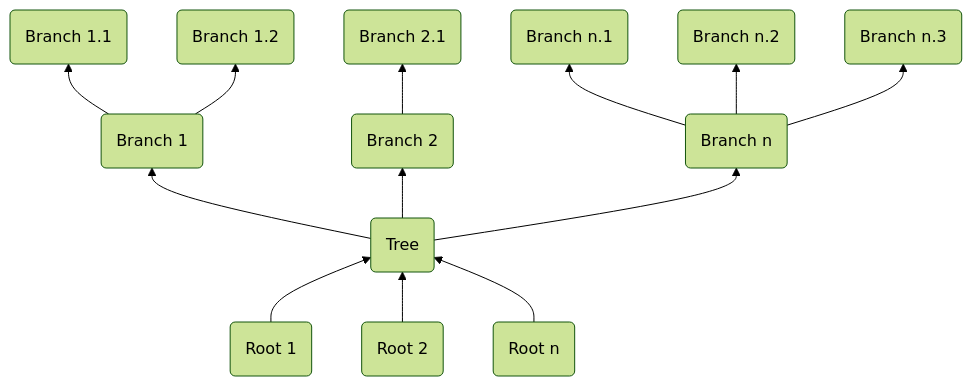
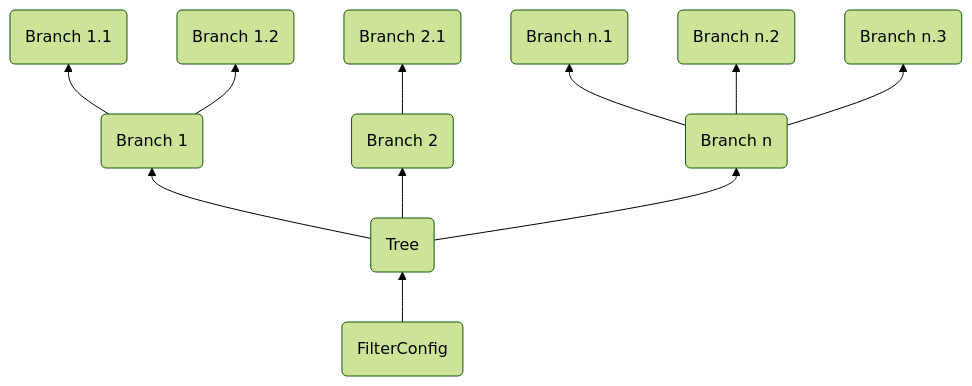
The third of 7 diagrams in README.md (herzogdemeuron/calc), drawn with Mermaid (forest theme) before and after one commit. The commit also changed other lines of this file, not shown here.

````diff
--- a/README.md
+++ b/README.md
@@ -112,15 +112,13 @@
 ```mermaid
 flowchart BT
-    r1(Root 1)-->t(Tree)
-    r2(Root 2)-->t
-    rn(Root n)-->t
+    f1(FilterConfig)-->t(Tree)
     t-->b10(Branch 1)
     t-->b20(Branch 2)
     t-->bn0(Branch n)
     b10-->b11(Branch 1.1)
     b10-->b12(Branch 1.2)
     b20-->b21(Branch 2.1)
     bn0-->bn1(Branch n.1)
     bn0-->bn2(Branch n.2)
     bn0-->bn3(Branch n.3)
 ```
````
